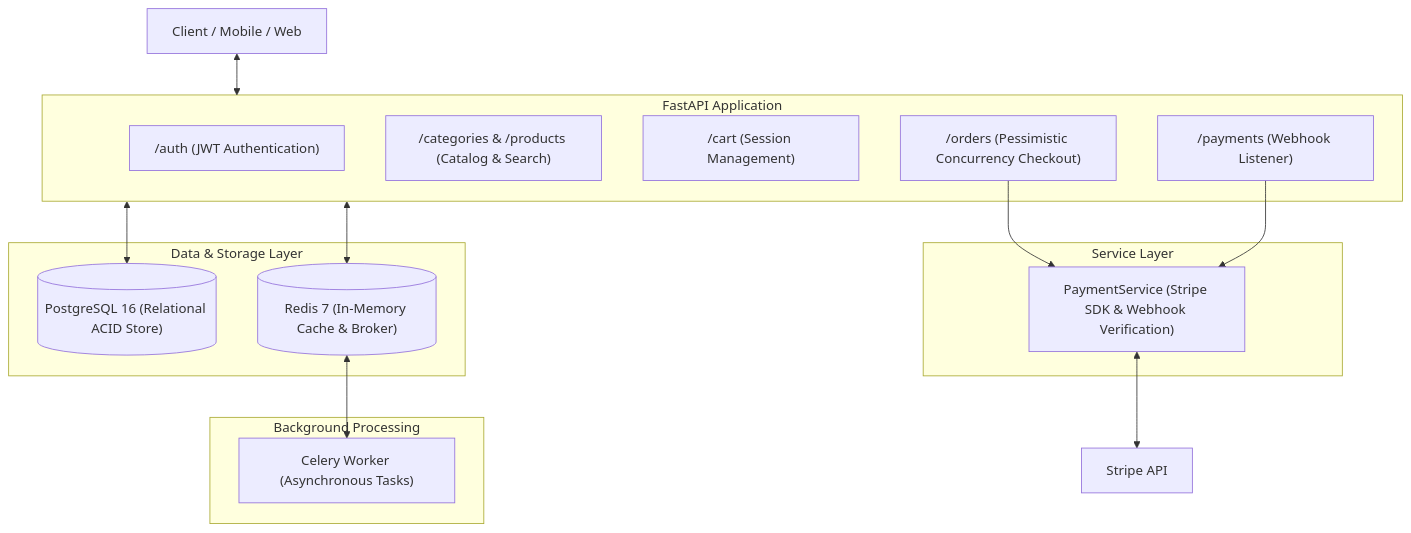
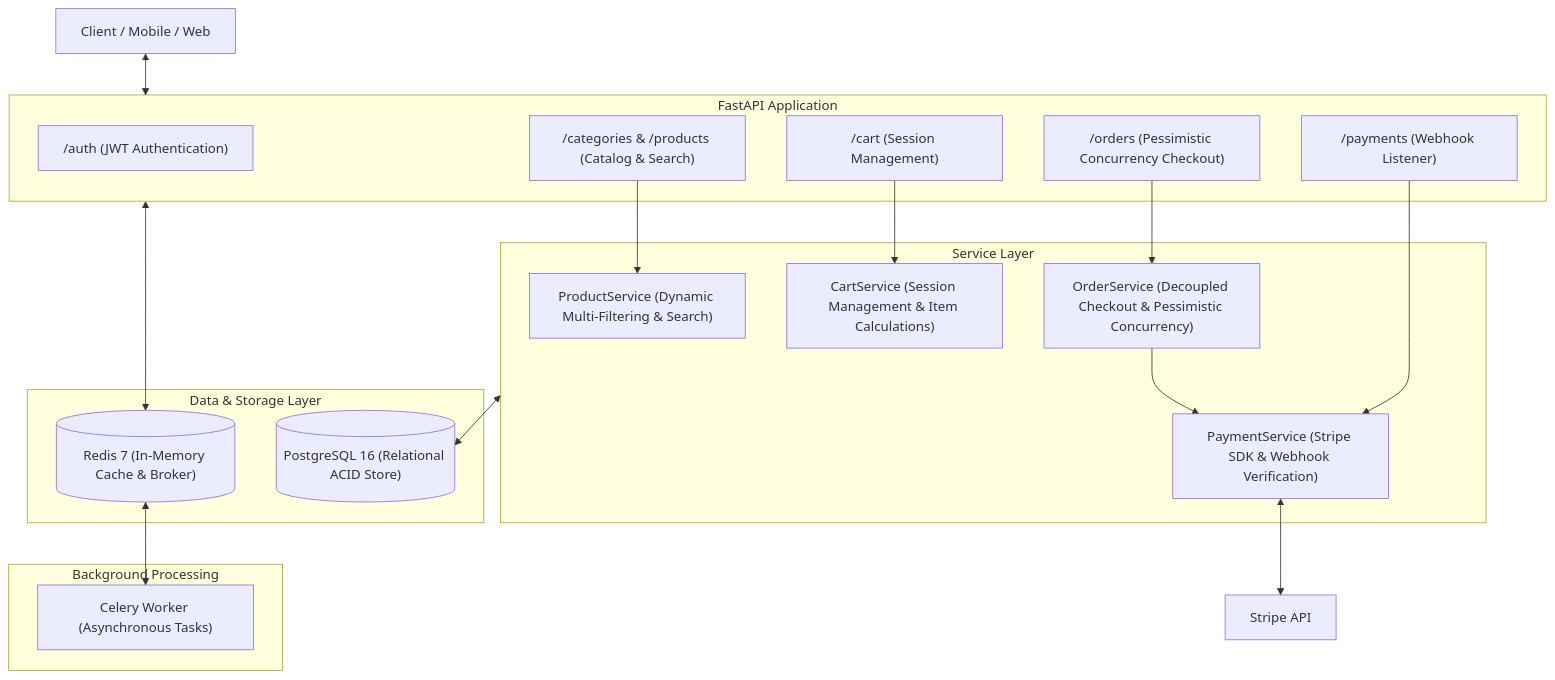
The diagram in docs/roadmap.md (S-madii/Ecommerce-Api), drawn with Mermaid before and after one commit. The commit also changed 4 other files, not shown here.

````diff
--- a/docs/roadmap.md
+++ b/docs/roadmap.md
@@ -9,33 +9,39 @@
 ```mermaid
 flowchart TD
     Client["Client / Mobile / Web"]
 
     subgraph API ["FastAPI Application"]
         Auth["/auth (JWT Authentication)"]
         Catalog["/categories & /products (Catalog & Search)"]
         Cart["/cart (Session Management)"]
         Orders["/orders (Pessimistic Concurrency Checkout)"]
         Payments["/payments (Webhook Listener)"]
     end
 
     subgraph Services ["Service Layer"]
+        CartService["CartService (Session Management & Item Calculations)"]
+        ProdService["ProductService (Dynamic Multi-Filtering & Search)"]
+        OrderService["OrderService (Decoupled Checkout & Pessimistic Concurrency)"]
         PayService["PaymentService (Stripe SDK & Webhook Verification)"]
     end
 
     subgraph Data ["Data & Storage Layer"]
         PG[("PostgreSQL 16 (Relational ACID Store)")]
         RedisStore[("Redis 7 (In-Memory Cache & Broker)")]
     end
 
     subgraph Workers ["Background Processing"]
         CeleryWorker["Celery Worker (Asynchronous Tasks)"]
     end
 
     Client <--> API
-    Orders --> PayService
+    Cart --> CartService
+    Catalog --> ProdService
+    Orders --> OrderService
+    OrderService --> PayService
     Payments --> PayService
     PayService <--> Stripe["Stripe API"]
-    API <--> PG
+    Services <--> PG
     API <--> RedisStore
     RedisStore <--> CeleryWorker
 ```
````
